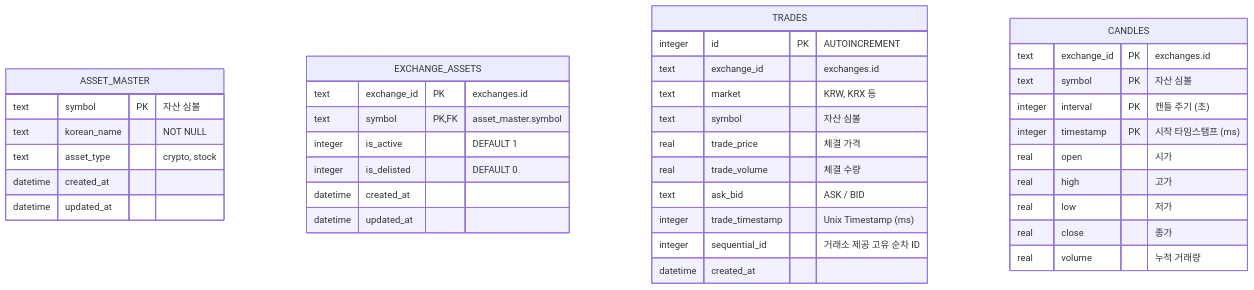
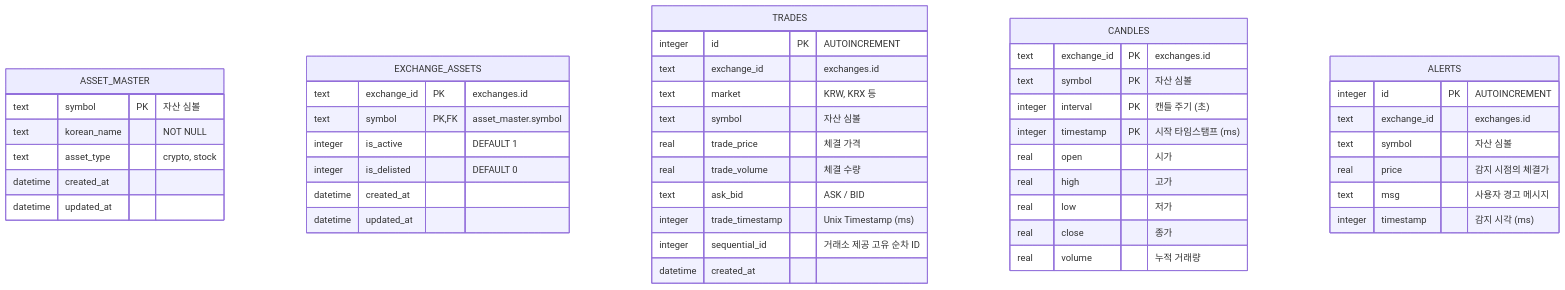
The third of 5 diagrams in docs/erd-specification.md (yslsoft-ui/ATS), drawn with Mermaid before and after one commit. The commit also changed other lines of this file and 3 other files, not shown here.

Commit message:
docs: ERD 명세서에 테이블 및 컬럼별 세부 한글 설명 추가

````diff
--- a/docs/erd-specification.md
+++ b/docs/erd-specification.md
@@ -103,44 +115,53 @@
 ```mermaid
 erDiagram
     ASSET_MASTER {
         text symbol PK "자산 심볼"
         text korean_name "NOT NULL"
         text asset_type "crypto, stock"
         datetime created_at
         datetime updated_at
     }
 
     EXCHANGE_ASSETS {
         text exchange_id PK "exchanges.id"
         text symbol PK, FK "asset_master.symbol"
         integer is_active "DEFAULT 1"
         integer is_delisted "DEFAULT 0"
         datetime created_at
         datetime updated_at
     }
 
     TRADES {
         integer id PK "AUTOINCREMENT"
         text exchange_id "exchanges.id"
         text market "KRW, KRX 등"
         text symbol "자산 심볼"
         real trade_price "체결 가격"
         real trade_volume "체결 수량"
         text ask_bid "ASK / BID"
         integer trade_timestamp "Unix Timestamp (ms)"
         integer sequential_id "거래소 제공 고유 순차 ID"
         datetime created_at
     }
 
     CANDLES {
         text exchange_id PK "exchanges.id"
         text symbol PK "자산 심볼"
         integer interval PK "캔들 주기 (초)"
         integer timestamp PK "시작 타임스탬프 (ms)"
         real open "시가"
         real high "고가"
         real low "저가"
         real close "종가"
         real volume "누적 거래량"
     }
+
+    ALERTS {
+        integer id PK "AUTOINCREMENT"
+        text exchange_id "exchanges.id"
+        text symbol "자산 심볼"
+        real price "감지 시점의 체결가"
+        text msg "사용자 경고 메시지"
+        integer timestamp "감지 시각 (ms)"
+    }
 ```
````
